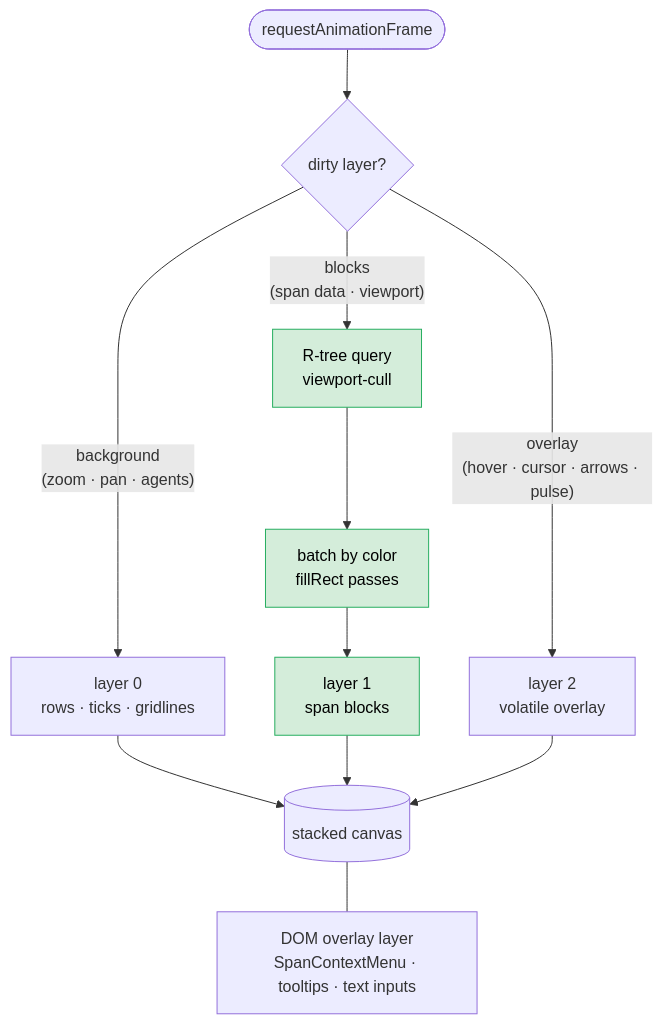
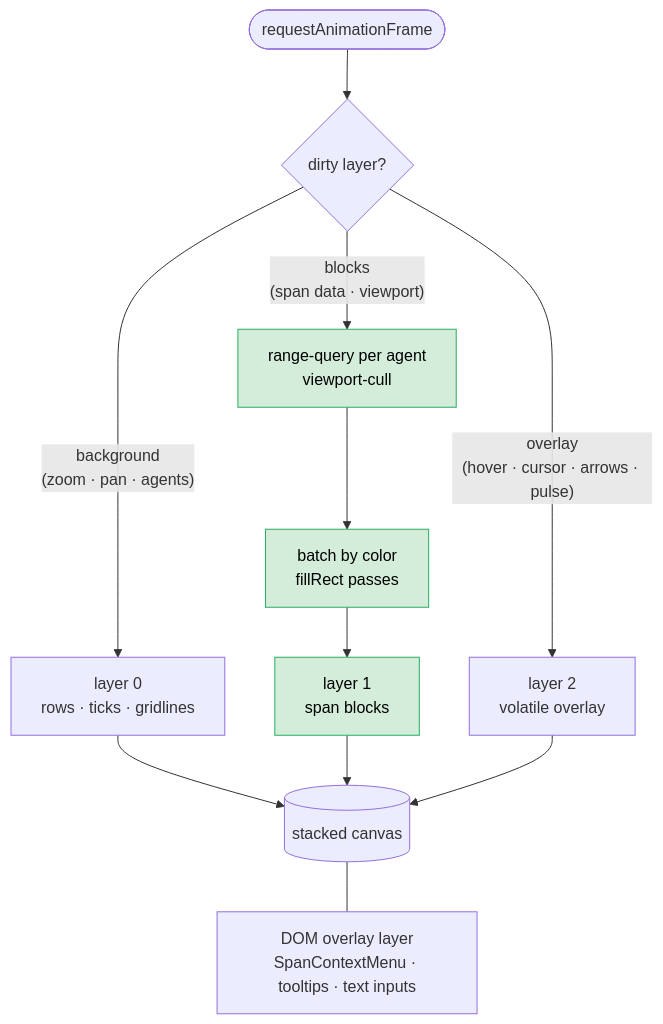
The fourth of 5 diagrams in docs/design/10-frontend-architecture.md (pedapudi/harmonograf), drawn with Mermaid before and after one commit. The commit also changed other lines of this file and 22 other files, not shown here.

First line of the commit message:
docs(design,protocol,adr,internals): refresh for current architecture

````diff
--- a/docs/design/10-frontend-architecture.md
+++ b/docs/design/10-frontend-architecture.md
@@ -115,16 +132,16 @@
 ```mermaid
 flowchart TB
     RAF([requestAnimationFrame]) --> D{dirty layer?}
     D -- "background<br/>(zoom · pan · agents)" --> L0[layer 0<br/>rows · ticks · gridlines]
-    D -- "blocks<br/>(span data · viewport)" --> Q[R-tree query<br/>viewport-cull]
+    D -- "blocks<br/>(span data · viewport)" --> Q[range-query per agent<br/>viewport-cull]
     Q --> Batch[batch by color<br/>fillRect passes]
     Batch --> L1[layer 1<br/>span blocks]
     D -- "overlay<br/>(hover · cursor · arrows · pulse)" --> L2[layer 2<br/>volatile overlay]
     L0 --> Out[(stacked canvas)]
     L1 --> Out
     L2 --> Out
     Out --- Dom[DOM overlay layer<br/>SpanContextMenu · tooltips · text inputs]
 
     classDef good fill:#d4edda,stroke:#27ae60,color:#000
     class Q,Batch,L1 good
 ```
````
